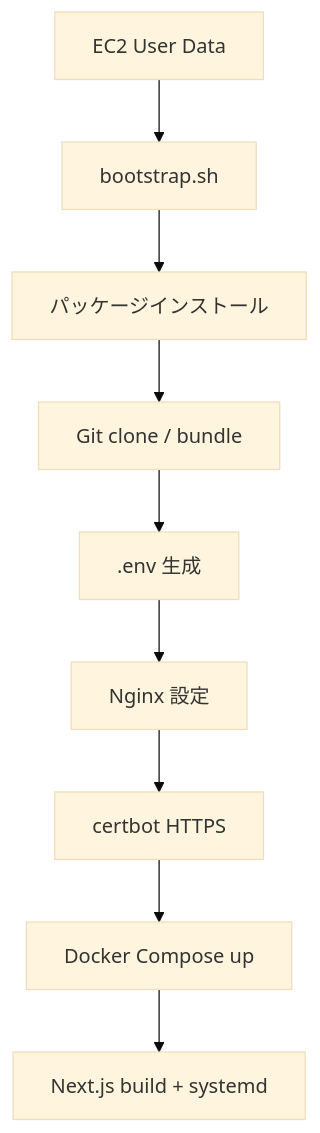
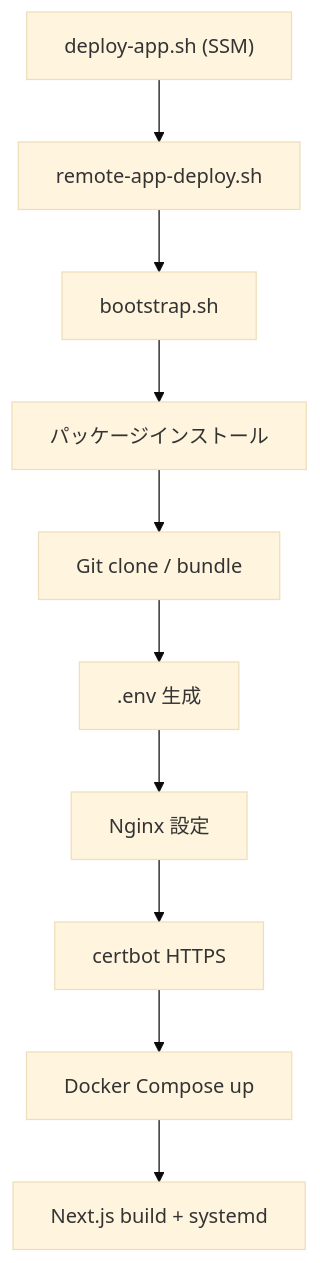
Before and after one commit to DRS22DownForce/SmartHouseholdAccountBook: the first of 3 diagrams in docs/infrastructure/AWS/04-ec2-bootstrap.md, drawn with Mermaid (base theme). The commit also changed other lines of this file and 10 other files, not shown here.

Commit message:
AWSインフラストラクチャスクリプトとドキュメントを更新します。EC2ブートストラッププロセスをリファクタリングし、`deploy-app.sh`によるアプリのセットアップを効率化し、ユーザーデータの処理を強化し、ログ記録を改善します。`.gitignore`を更新してローカル開発バイナリを除外し、ドキュメント内のデプロイフローを明確にします。

````diff
--- a/docs/infrastructure/AWS/04-ec2-bootstrap.md
+++ b/docs/infrastructure/AWS/04-ec2-bootstrap.md
@@ -25,14 +25,15 @@
 ```mermaid
 flowchart TB
-    UD["EC2 User Data"]
+    DA["deploy-app.sh (SSM)"]
+    RAD["remote-app-deploy.sh"]
     BS["bootstrap.sh"]
     PK["パッケージインストール"]
     GIT["Git clone / bundle"]
     ENV[".env 生成"]
     NGX["Nginx 設定"]
     TLS["certbot HTTPS"]
     DC["Docker Compose up"]
     FE["Next.js build + systemd"]
 
-    UD --> BS --> PK --> GIT --> ENV --> NGX --> TLS --> DC --> FE
+    DA --> RAD --> BS --> PK --> GIT --> ENV --> NGX --> TLS --> DC --> FE
 ```
````
